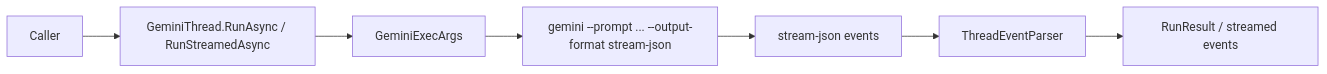
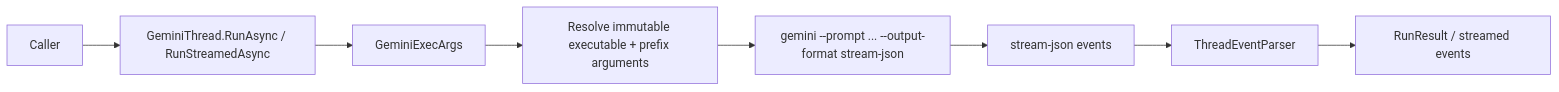
The diagram in docs/Features/thread-run-flow.md (managedcode/GeminiSharpSDK), drawn with Mermaid before and after one commit. The commit also changed other lines of this file and 20 other files, not shown here.

````diff
--- a/docs/Features/thread-run-flow.md
+++ b/docs/Features/thread-run-flow.md
@@ -91,9 +91,10 @@
 ```mermaid
 flowchart LR
   Caller["Caller"] --> GeminiThread["GeminiThread.RunAsync / RunStreamedAsync"]
   GeminiThread --> ExecArgs["GeminiExecArgs"]
-  ExecArgs --> Cli["gemini --prompt ... --output-format stream-json"]
+  ExecArgs --> Resolve["Resolve immutable executable + prefix arguments"]
+  Resolve --> Cli["gemini --prompt ... --output-format stream-json"]
   Cli --> Stream["stream-json events"]
   Stream --> Parser["ThreadEventParser"]
   Parser --> Result["RunResult / streamed events"]
 ```
````
